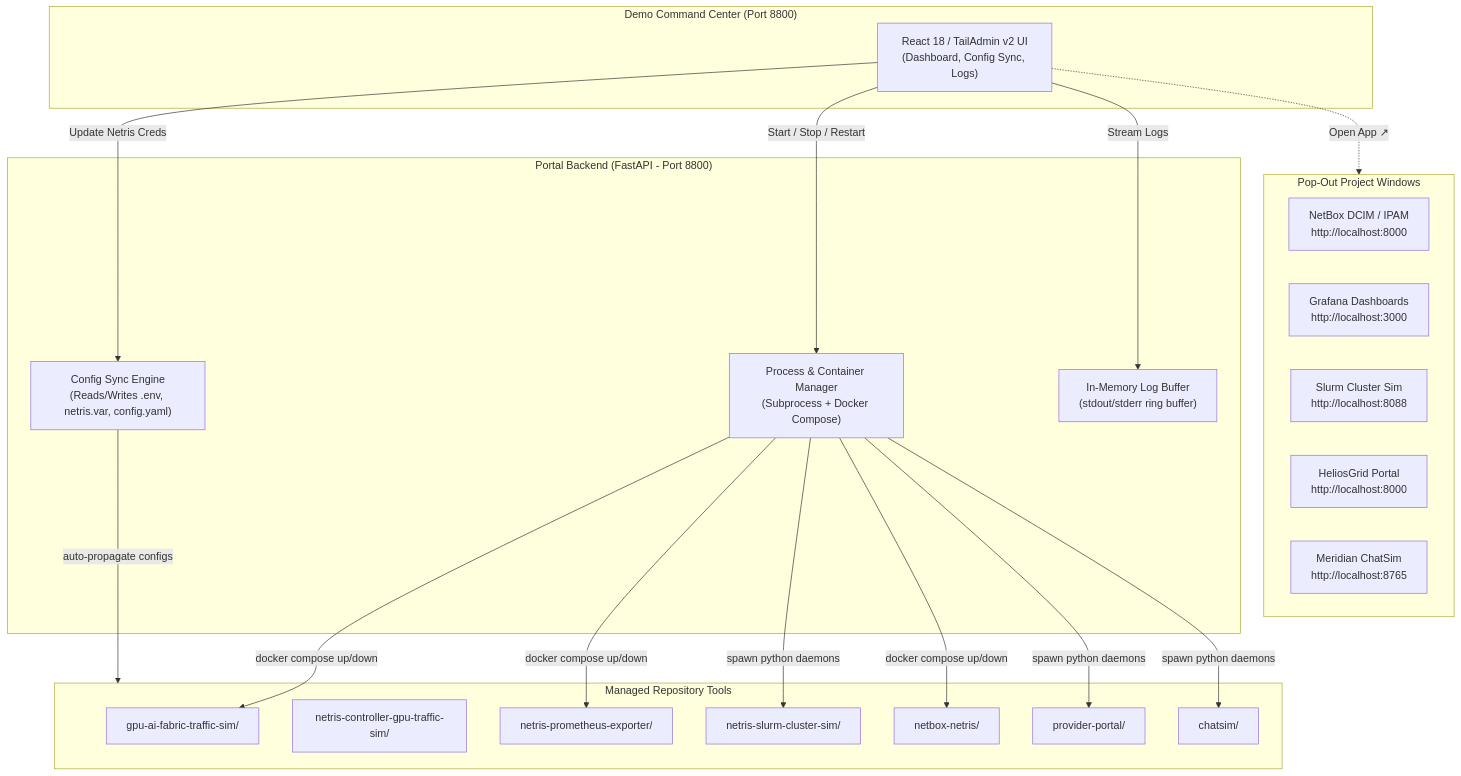
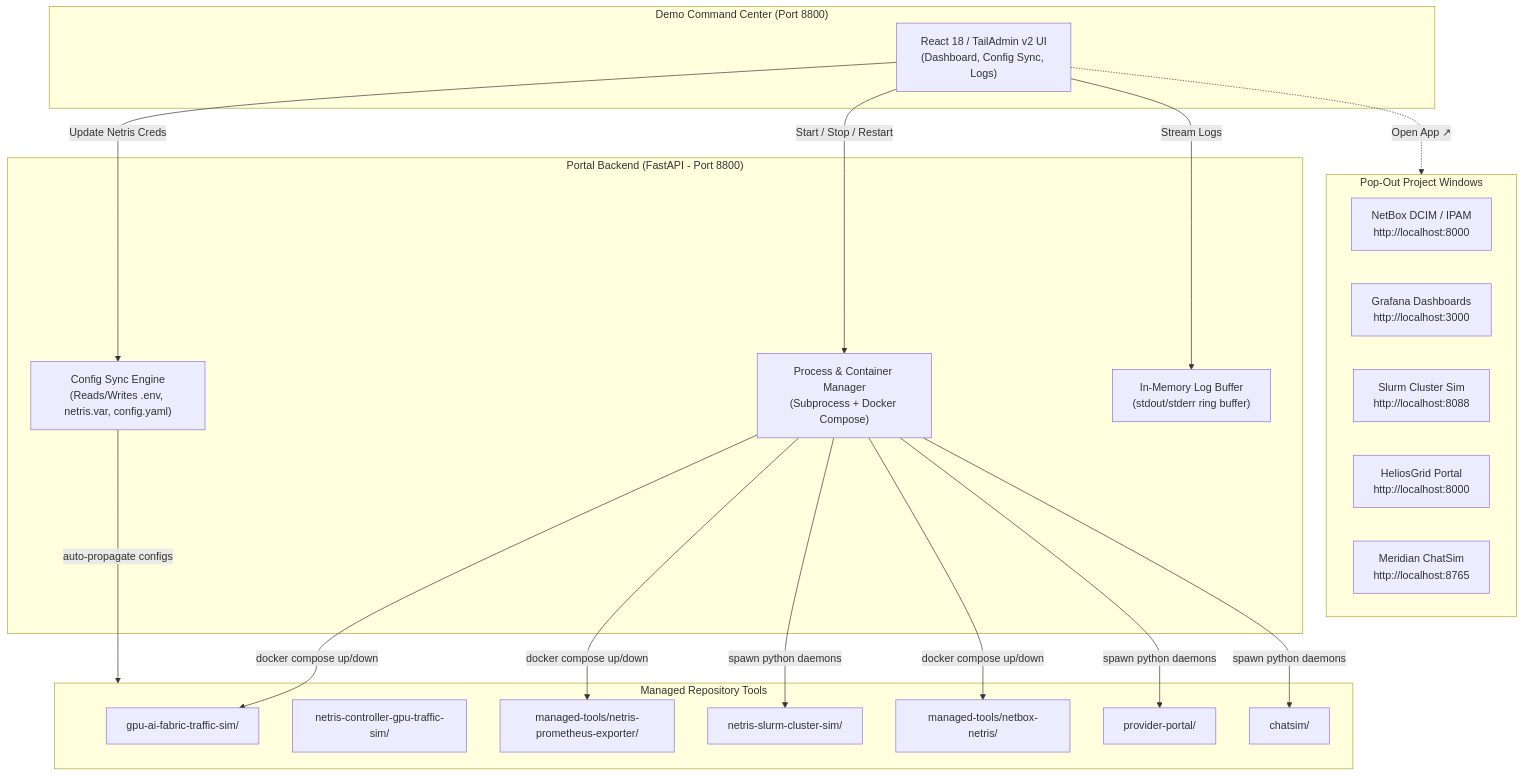
Before and after one commit to iamjarvs/netris_demo_portal: the diagram in demo-portal/README.md, drawn with Mermaid. The commit also changed other lines of this file and 157 other files, not shown here.

First line of the commit message:
refactor: remove tools split into their own repos; portal now uses managed-tools clones

````diff
--- a/demo-portal/README.md
+++ b/demo-portal/README.md
@@ -35,39 +35,39 @@
 ```mermaid
 graph TD
     subgraph Browser ["Demo Command Center (Port 8800)"]
         UI["React 18 / TailAdmin v2 UI<br/>(Dashboard, Config Sync, Logs)"]
     end
 
     subgraph PopOutWindows ["Pop-Out Project Windows"]
         W1["NetBox DCIM / IPAM<br/>http://localhost:8000"]
         W2["Grafana Dashboards<br/>http://localhost:3000"]
         W3["Slurm Cluster Sim<br/>http://localhost:8088"]
         W4["HeliosGrid Portal<br/>http://localhost:8000"]
         W5["Meridian ChatSim<br/>http://localhost:8765"]
     end
 
     subgraph BackendEngine ["Portal Backend (FastAPI - Port 8800)"]
         ProcMgr["Process & Container Manager<br/>(Subprocess + Docker Compose)"]
         SyncEngine["Config Sync Engine<br/>(Reads/Writes .env, netris.var, config.yaml)"]
         LogStreamer["In-Memory Log Buffer<br/>(stdout/stderr ring buffer)"]
     end
 
     subgraph TargetTools ["Managed Repository Tools"]
         T1["gpu-ai-fabric-traffic-sim/"]
         T2["netris-controller-gpu-traffic-sim/"]
-        T3["netris-prometheus-exporter/"]
+        T3["managed-tools/netris-prometheus-exporter/"]
         T4["netris-slurm-cluster-sim/"]
-        T5["netbox-netris/"]
+        T5["managed-tools/netbox-netris/"]
         T6["provider-portal/"]
         T7["chatsim/"]
     end
 
     UI -->|Start / Stop / Restart| ProcMgr
     UI -->|Update Netris Creds| SyncEngine
     UI -->|Stream Logs| LogStreamer
     UI -.->|Open App ↗| PopOutWindows
 
     ProcMgr -->|docker compose up/down| T1 & T3 & T5
     ProcMgr -->|spawn python daemons| T4 & T6 & T7
     SyncEngine -->|auto-propagate configs| TargetTools
 ```
````
